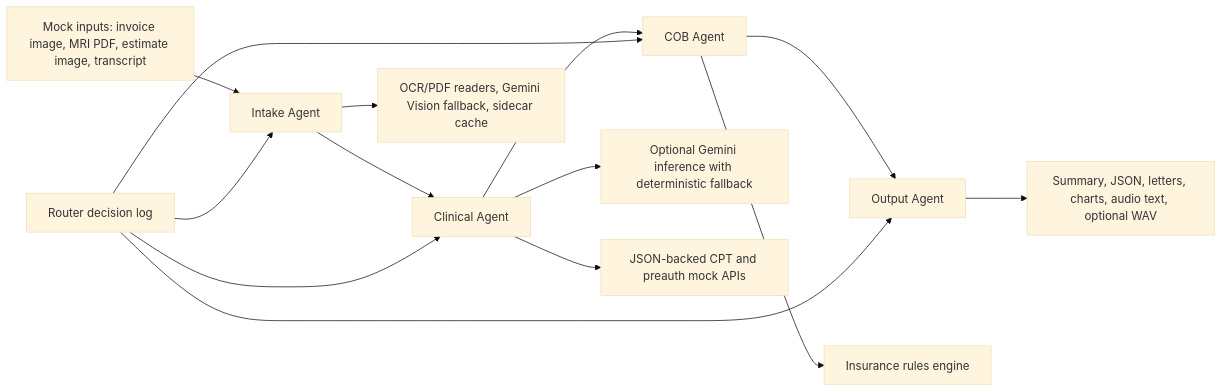
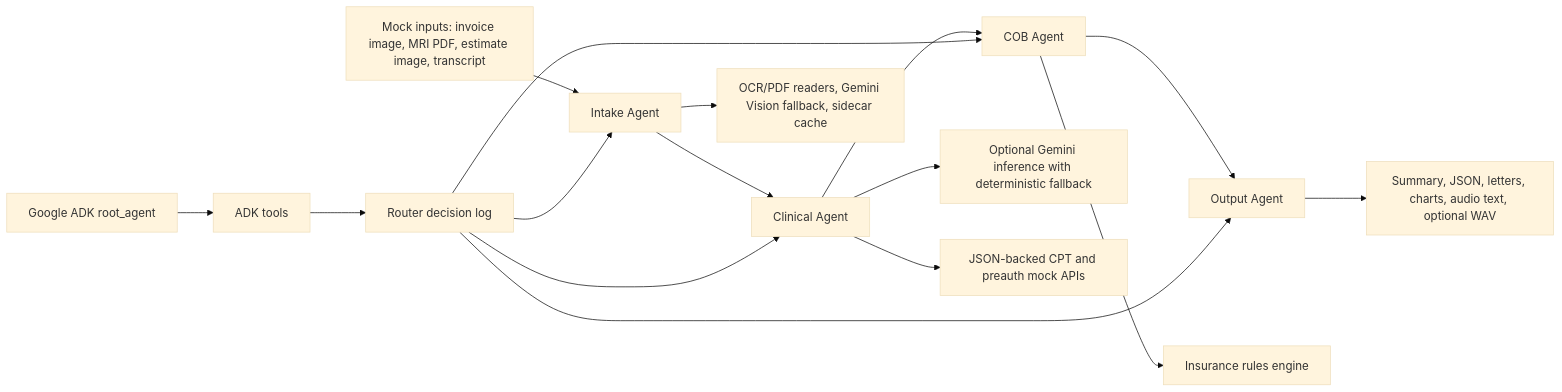
Before and after one commit to Manishbattu27/duco-agent-ai-assessment: the diagram in docs/architecture.md, drawn with Mermaid (base theme). The commit also changed other lines of this file and 10 other files, not shown here.

Commit message:
feat: add adk agent updates

````diff
--- a/docs/architecture.md
+++ b/docs/architecture.md
@@ -3,16 +3,18 @@
 ```mermaid
 flowchart LR
     A["Mock inputs: invoice image, MRI PDF, estimate image, transcript"] --> B["Intake Agent"]
     B --> C["Clinical Agent"]
     C --> D["COB Agent"]
     D --> E["Output Agent"]
     E --> F["Summary, JSON, letters, charts, audio text, optional WAV"]
     D --> G["Insurance rules engine"]
     B --> H["OCR/PDF readers, Gemini Vision fallback, sidecar cache"]
     C --> I["Optional Gemini inference with deterministic fallback"]
     C --> K["JSON-backed CPT and preauth mock APIs"]
     J["Router decision log"] --> B
     J --> C
     J --> D
     J --> E
+    L["Google ADK root_agent"] --> M["ADK tools"]
+    M --> J
 ```
````
